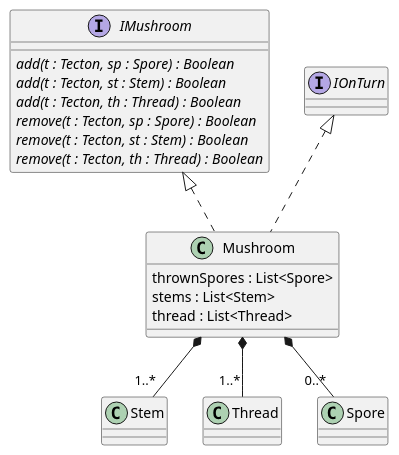
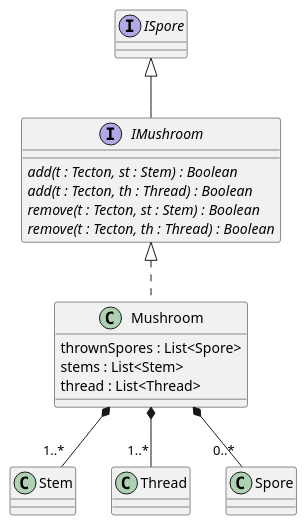
One commit to Petya-G/fungorium changed the diagram in 4/classes/mushroom/mushroom.puml. Above: the diagram before and after it, drawn with PlantUML. The commit also changed 18 other files, not shown here.

```diff
--- a/4/classes/mushroom/mushroom.puml
+++ b/4/classes/mushroom/mushroom.puml
@@ -1,21 +1,19 @@
 @startuml mushroom
 
-interface IMushroom{
-    {abstract} add(t : Tecton, sp : Spore) : Boolean
+interface IMushroom implements ISpore{
     {abstract} add(t : Tecton, st : Stem) : Boolean
     {abstract} add(t : Tecton, th : Thread) : Boolean
-    {abstract} remove(t : Tecton, sp : Spore) : Boolean
     {abstract} remove(t : Tecton, st : Stem) : Boolean
     {abstract} remove(t : Tecton, th : Thread) : Boolean
 }
 
 Mushroom *-- "1..*" Stem
 Mushroom *-- "1..*" Thread
 Mushroom *-- "0..*" Spore
-class Mushroom implements IMushroom, IOnTurn{
+class Mushroom implements IMushroom{
     thrownSpores : List<Spore>
     stems : List<Stem>
     thread : List<Thread>
 }
 
 @enduml
```
